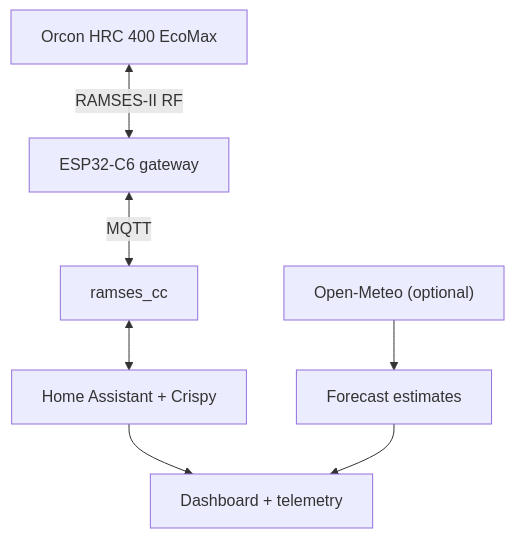
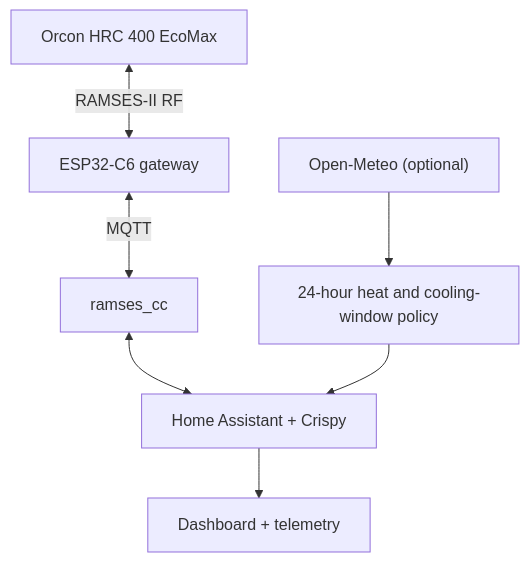
One commit to Sidlegionair/crispy changed the first of 3 diagrams in README.md. Above: the diagram before and after it, drawn with Mermaid. The commit also changed other lines of this file and 3 other files, not shown here.

````diff
--- a/README.md
+++ b/README.md
@@ -19,9 +19,9 @@
 ```mermaid
 flowchart TD
     H["Orcon HRC 400 EcoMax"] <-->|"RAMSES-II RF"| G["ESP32-C6 gateway"]
     G <-->|MQTT| R[ramses_cc]
     R <--> C["Home Assistant + Crispy"]
     C --> D["Dashboard + telemetry"]
-    W["Open-Meteo (optional)"] --> F["Forecast estimates"]
-    F --> D
+    W["Open-Meteo (optional)"] --> F["24-hour heat and cooling-window policy"]
+    F --> C
 ```
````
